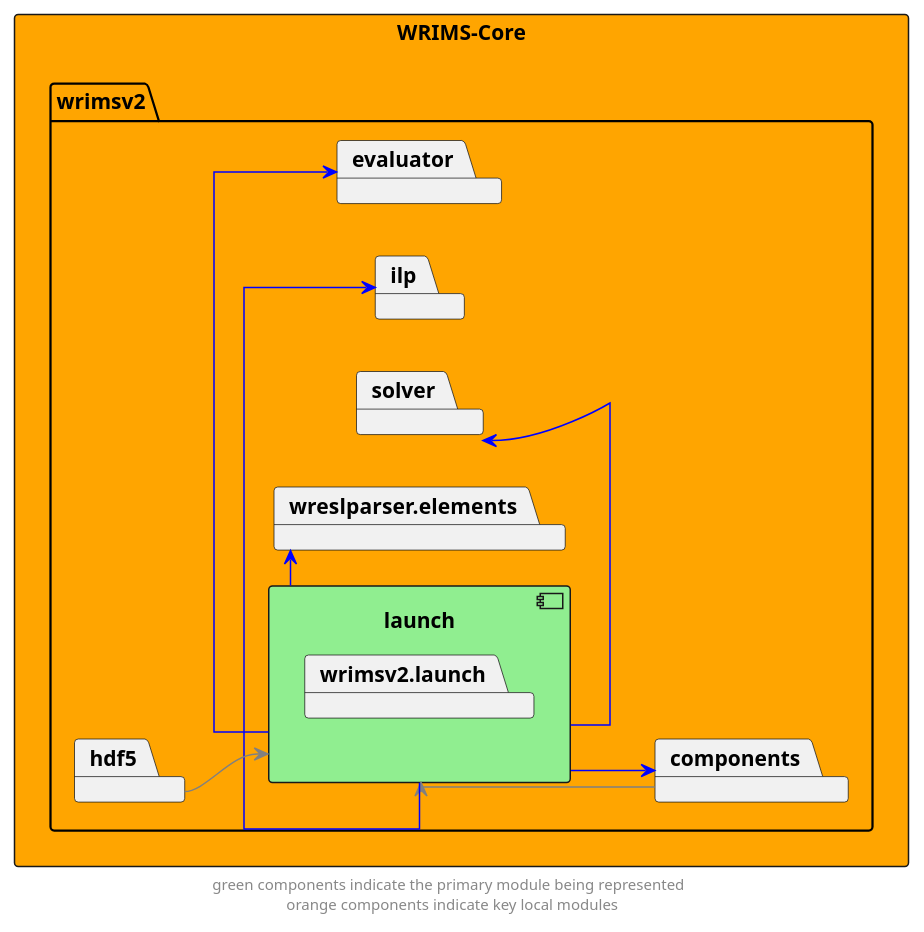
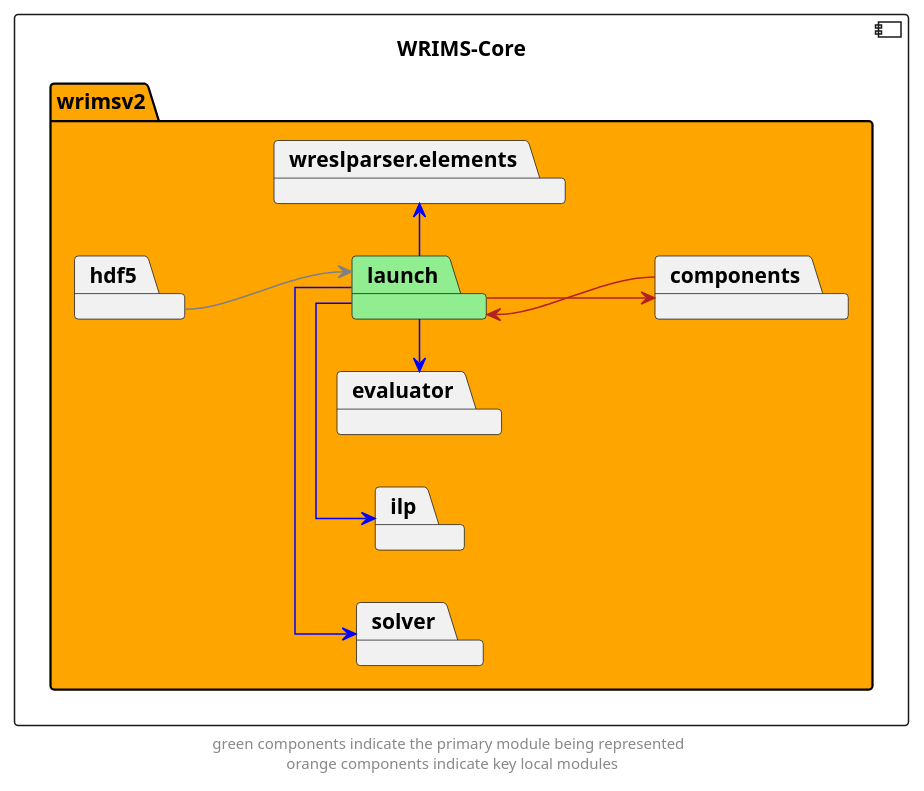
One commit to CentralValleyModeling/wrims changed the diagram in docs/diagrams/wrims-core/wrims-core_launch.puml. Above: the diagram before and after it, drawn with PlantUML. The commit also changed 63 other files, not shown here.

Commit message:
updated diagrams for improved consistency and legibility

```diff
--- a/docs/diagrams/wrims-core/wrims-core_launch.puml
+++ b/docs/diagrams/wrims-core/wrims-core_launch.puml
@@ -1,37 +1,32 @@
 @startuml
 left to right direction
 skinparam linetype ortho
 
-rectangle wrims_core as "WRIMS-Core" #orange {
-        package wrimsv2{
-            package launch {
-                component launch #lightgreen {
-                    package wrimsv2.launch
-                }
-            }
+component wrims_core as "WRIMS-Core"  {
+    package wrimsv2 #orange {
+        package launch #lightgreen
         package components
         package evaluator
         package solver
         package hdf5
         package ilp
         package wreslparser.elements
-
     }
 }
 
-launch -->  components #blue
-components --> launch #grey
+launch -->  components #firebrick
+components --> launch #firebrick
 
 launch -left->  evaluator #blue
 launch -left->  ilp #blue
 launch -left->  solver #blue
 
 launch -r->  wreslparser.elements #blue
 
 hdf5 --> launch #grey
 
 ' The following relationships are hidden and used to format the diagram. They do not represent actual dependencies.
 'debug -r[hidden]-> evaluator
 
 footer "green components indicate the primary module being represented \n orange components indicate key local modules"
 @enduml
```
